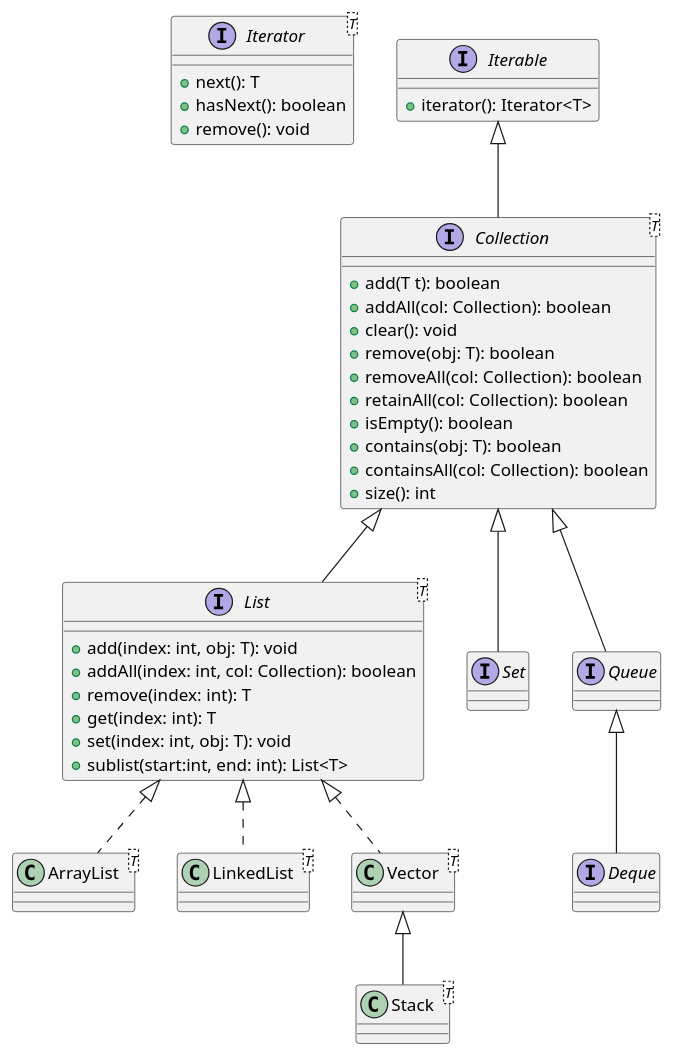
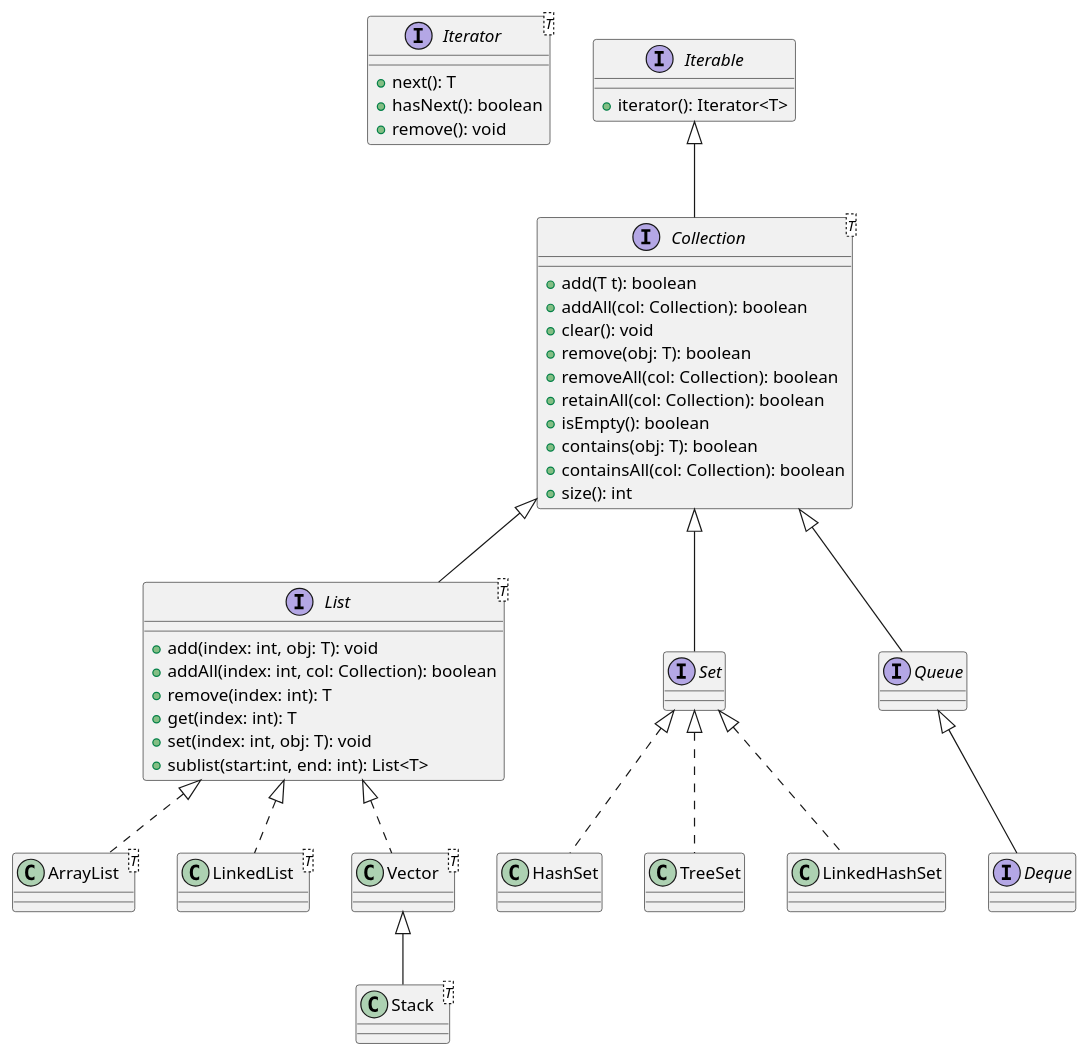
Before and after one commit to vinod-kayartaya/TARGET-APR-2023-BATCH-2: the diagram in day-07/Readme.md, drawn with PlantUML. The commit also changed other lines of this file and 9 other files, not shown here.

````diff
--- a/day-07/Readme.md
+++ b/day-07/Readme.md
@@ -19,56 +19,60 @@
 ```plantuml
 @startuml
 
 interface Iterator<T>{
     +next(): T
     +hasNext(): boolean
     +remove(): void
 }
 
 interface Iterable{
     +iterator(): Iterator<T>
 }
 interface Collection<T>{
     + add(T t): boolean
     + addAll(col: Collection): boolean
     + clear(): void
     + remove(obj: T): boolean
     + removeAll(col: Collection): boolean
     + retainAll(col: Collection): boolean
     + isEmpty(): boolean
     + contains(obj: T): boolean
     + containsAll(col: Collection): boolean
     + size(): int
 }
 
 interface List<T>{
     + add(index: int, obj: T): void
     + addAll(index: int, col: Collection): boolean
     + remove(index: int): T
     + get(index: int): T
     + set(index: int, obj: T): void
     + sublist(start:int, end: int): List<T>
 
 }
 interface Set{}
 interface Queue{}
 interface Deque{}
 
 Iterable <|-- Collection
 Collection <|-- List
 Collection <|-- Set
 Collection <|-- Queue
 Queue <|-- Deque
 
 class ArrayList<T>{}
 class LinkedList<T>{}
 class Vector<T>{}
 class Stack<T>{}
 
 List <|.. ArrayList
 List <|.. LinkedList
 List <|.. Vector
 Vector <|-- Stack
 
+Set <|.. HashSet
+Set <|.. TreeSet
+Set <|.. LinkedHashSet
+
 @enduml
 ```
````
